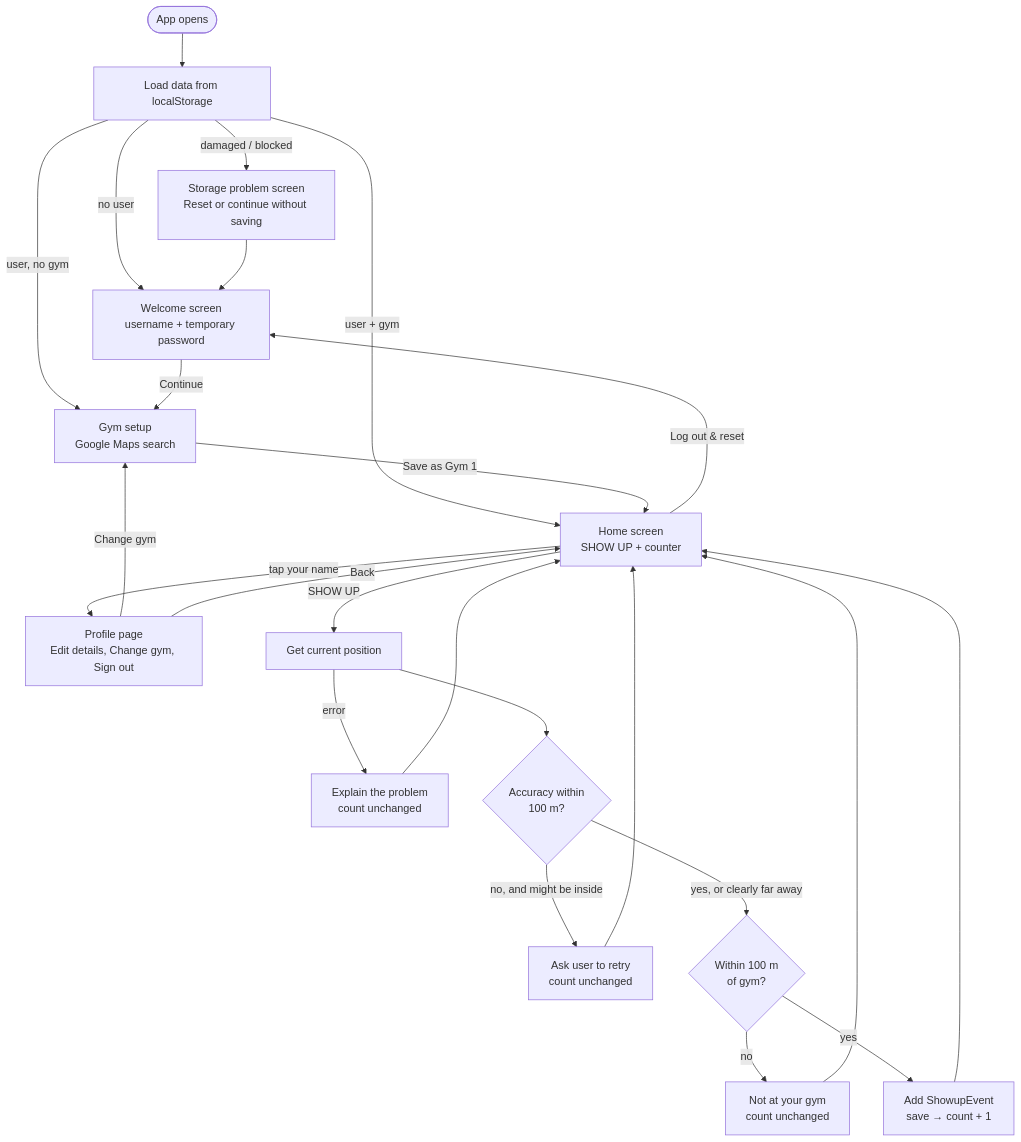
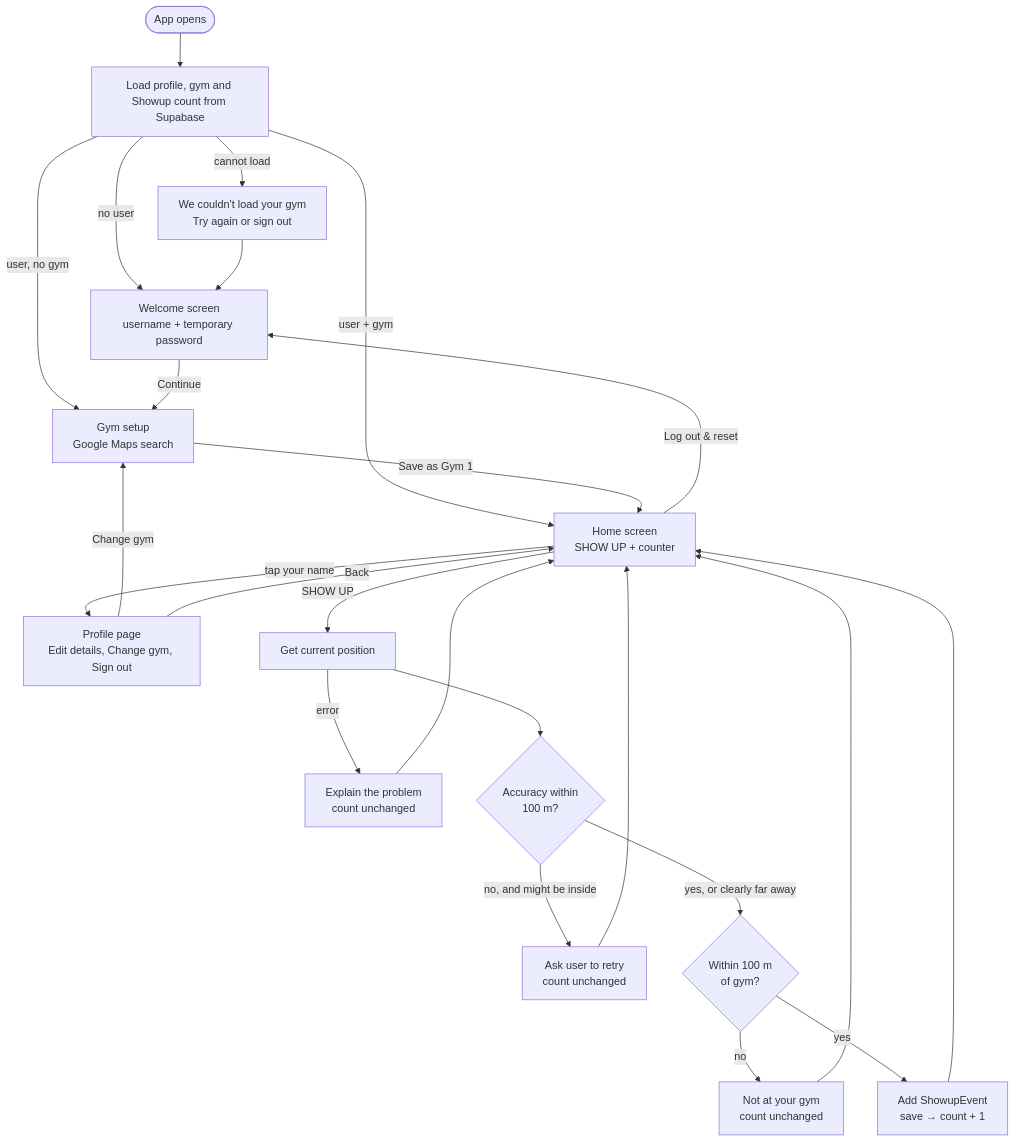
Before and after one commit to jaydeeps-hub/showup: the first of 2 diagrams in docs/ARCHITECTURE.md, drawn with Mermaid. The commit also changed other lines of this file and 27 other files, not shown here.

First line of the commit message:
fix: save gyms and Showups to Supabase instead of browser storage

````diff
--- a/docs/ARCHITECTURE.md
+++ b/docs/ARCHITECTURE.md
@@ -34,26 +34,26 @@
 ```mermaid
 flowchart TD
-    Start([App opens]) --> Load[Load data from localStorage]
-    Load -->|damaged / blocked| Problem[Storage problem screen<br/>Reset or continue without saving]
+    Start([App opens]) --> Load[Load profile, gym and Showup count from Supabase]
+    Load -->|cannot load| Problem[We couldn't load your gym<br/>Try again or sign out]
     Load -->|no user| Welcome[Welcome screen<br/>username + temporary password]
     Load -->|user, no gym| Setup
     Load -->|user + gym| Home
     Problem --> Welcome
     Welcome -->|Continue| Setup[Gym setup<br/>Google Maps search]
     Setup -->|Save as Gym 1| Home[Home screen<br/>SHOW UP + counter]
     Home -->|tap your name| Profile[Profile page<br/>Edit details, Change gym, Sign out]
     Profile -->|Change gym| Setup
     Profile -->|Back| Home
     Home -->|Log out & reset| Welcome
     Home -->|SHOW UP| Locate[Get current position]
     Locate -->|error| ErrorMsg[Explain the problem<br/>count unchanged]
     Locate --> Accuracy{Accuracy within<br/>100 m?}
     Accuracy -->|no, and might be inside| Retry[Ask user to retry<br/>count unchanged]
     Accuracy -->|yes, or clearly far away| Distance{Within 100 m<br/>of gym?}
     Distance -->|no| Outside[Not at your gym<br/>count unchanged]
     Distance -->|yes| Record[Add ShowupEvent<br/>save → count + 1]
     ErrorMsg --> Home
     Retry --> Home
     Outside --> Home
     Record --> Home
 ```
````
